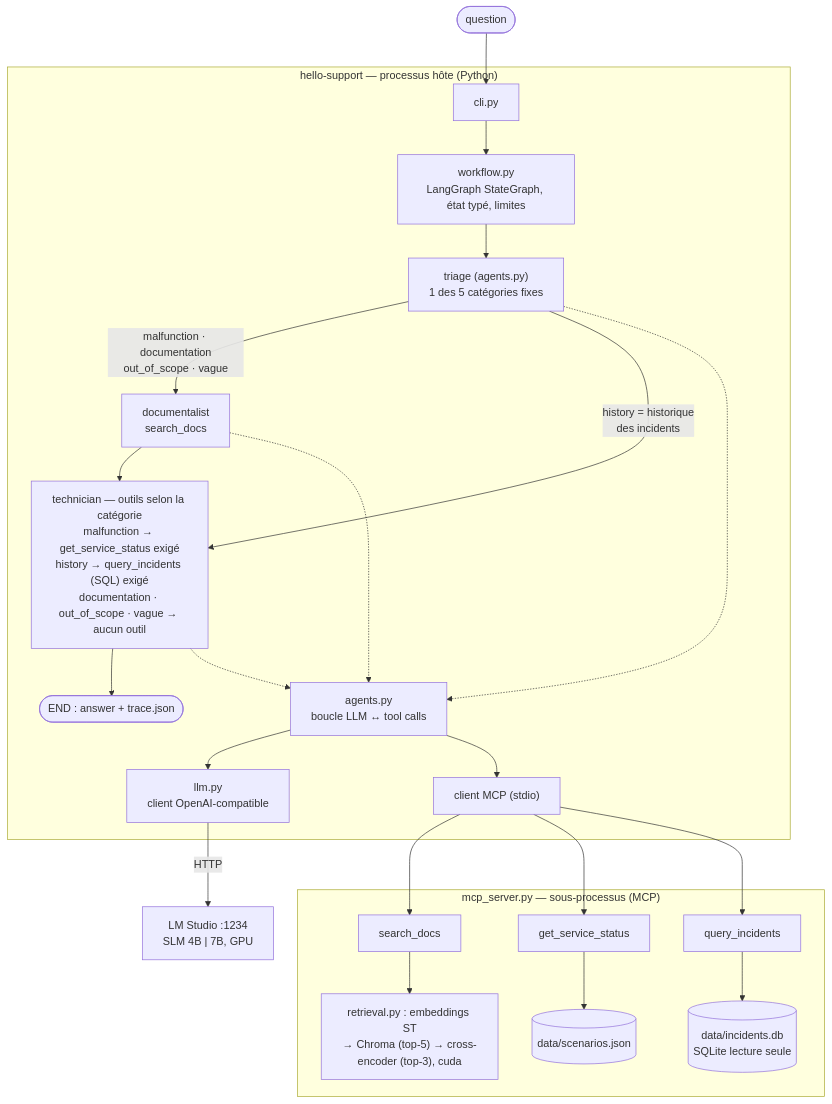
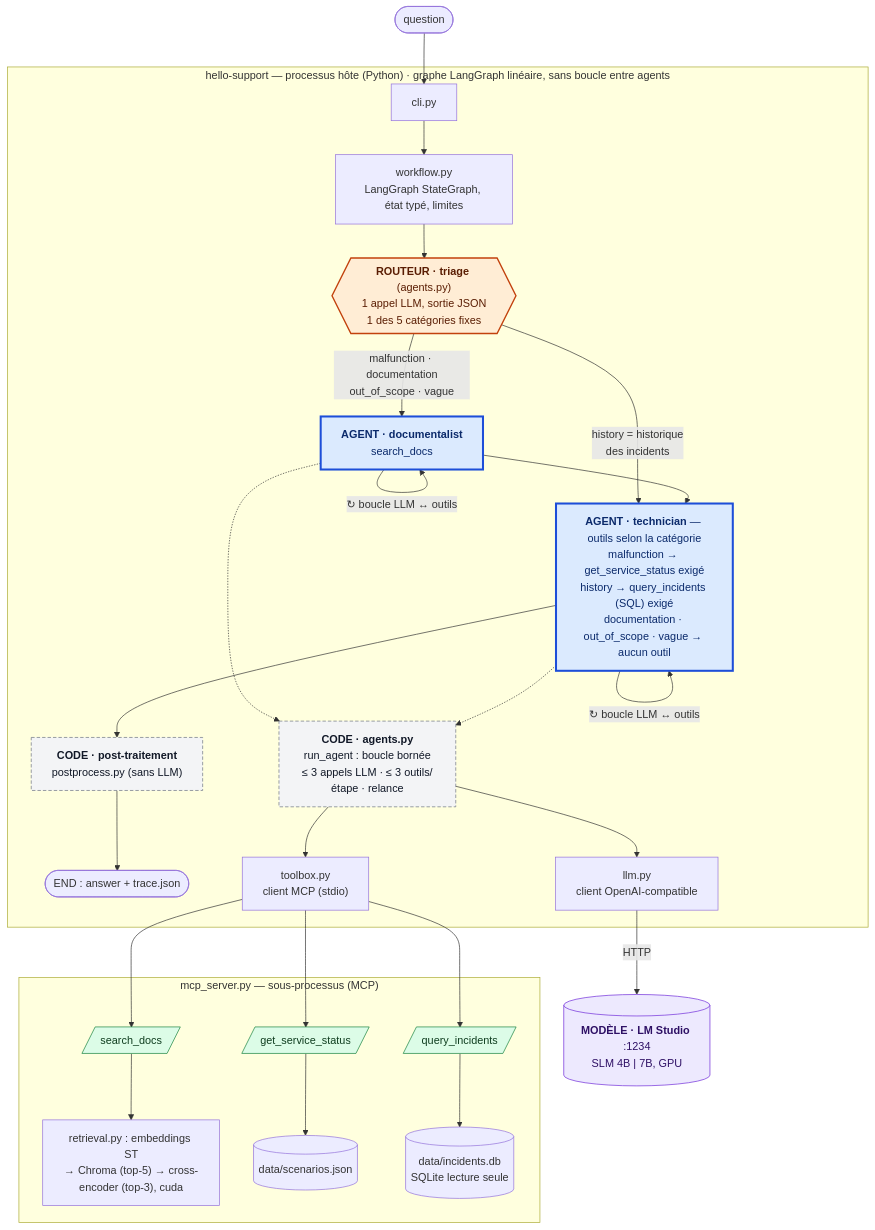
Before and after one commit to StephaneHe/HelloSupport: the diagram in docs/SPEC.md, drawn with Mermaid. The commit also changed other lines of this file and 7 other files, not shown here.

First line of the commit message:
Make agents, router and code explicit in the architecture diagrams (v1.9.3)

````diff
--- a/docs/SPEC.md
+++ b/docs/SPEC.md
@@ -88,29 +88,43 @@
 ```mermaid
 flowchart TB
     Q(["question"]) --> CLI
 
-    subgraph HOST["hello-support — processus hôte (Python)"]
+    subgraph HOST["hello-support — processus hôte (Python) · graphe LangGraph linéaire, sans boucle entre agents"]
         CLI["cli.py"] --> WF["workflow.py<br/>LangGraph StateGraph, état typé, limites"]
-        WF --> TRI["triage (agents.py)<br/>1 des 5 catégories fixes"]
-        TRI -->|"malfunction · documentation<br/>out_of_scope · vague"| DOC["documentalist<br/>search_docs"]
+        WF --> TRI{{"<b>ROUTEUR · triage</b> (agents.py)<br/>1 appel LLM, sortie JSON<br/>1 des 5 catégories fixes"}}
+        TRI -->|"malfunction · documentation<br/>out_of_scope · vague"| DOC["<b>AGENT · documentalist</b><br/>search_docs"]
         TRI -->|"history = historique<br/>des incidents"| TEC
-        DOC --> TEC["technician — outils selon la catégorie<br/>malfunction → get_service_status exigé<br/>history → query_incidents (SQL) exigé<br/>documentation · out_of_scope · vague → aucun outil"]
-        TEC --> FIN(["END : answer + trace.json"])
-        AG["agents.py<br/>boucle LLM ↔ tool calls"]
+        DOC -->|"↻ boucle LLM ↔ outils"| DOC
+        DOC --> TEC["<b>AGENT · technician</b> — outils selon la catégorie<br/>malfunction → get_service_status exigé<br/>history → query_incidents (SQL) exigé<br/>documentation · out_of_scope · vague → aucun outil"]
+        TEC -->|"↻ boucle LLM ↔ outils"| TEC
+        TEC --> PP["<b>CODE · post-traitement</b><br/>postprocess.py (sans LLM)"]
+        PP --> FIN(["END : answer + trace.json"])
+        AG["<b>CODE · agents.py</b><br/>run_agent : boucle bornée<br/>≤ 3 appels LLM · ≤ 3 outils/étape · relance"]
         LLM["llm.py<br/>client OpenAI-compatible"]
-        MC["client MCP (stdio)"]
-        TRI & DOC & TEC -.-> AG
+        MC["toolbox.py<br/>client MCP (stdio)"]
+        DOC & TEC -.-> AG
         AG --> LLM
         AG --> MC
     end
 
-    LLM -- "HTTP" --> LMS["LM Studio :1234<br/>SLM 4B | 7B, GPU"]
+    LLM -- "HTTP" --> LMS[("<b>MODÈLE · LM Studio</b> :1234<br/>SLM 4B | 7B, GPU")]
 
     subgraph SRV["mcp_server.py — sous-processus (MCP)"]
-        T1["search_docs"] --> R["retrieval.py : embeddings ST<br/>→ Chroma (top-5) → cross-encoder (top-3), cuda"]
-        T2["get_service_status"] --> SC[("data/scenarios.json")]
-        T3["query_incidents"] --> DB[("data/incidents.db<br/>SQLite lecture seule")]
+        T1[/"search_docs"/] --> R["retrieval.py : embeddings ST<br/>→ Chroma (top-5) → cross-encoder (top-3), cuda"]
+        T2[/"get_service_status"/] --> SC[("data/scenarios.json")]
+        T3[/"query_incidents"/] --> DB[("data/incidents.db<br/>SQLite lecture seule")]
     end
 
     MC --> T1 & T2 & T3
+
+    classDef agent fill:#dbeafe,stroke:#1d4ed8,stroke-width:3px,color:#0b2a6b
+    classDef router fill:#ffedd5,stroke:#c2410c,stroke-width:2px,color:#5a1d03
+    classDef code fill:#f3f4f6,stroke:#6b7280,stroke-width:1px,stroke-dasharray:5 3,color:#111827
+    classDef tool fill:#dcfce7,stroke:#15803d,color:#0f3d1f
+    classDef model fill:#ede9fe,stroke:#6d28d9,color:#2e1065
+    class DOC,TEC agent
+    class TRI router
+    class PP,AG code
+    class T1,T2,T3 tool
+    class LMS model
 ```
````
